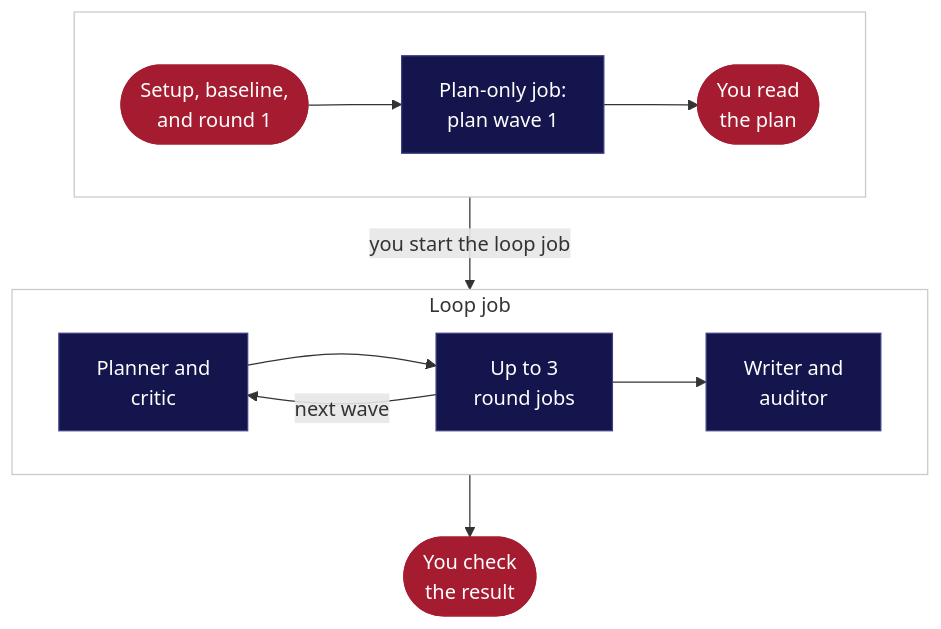
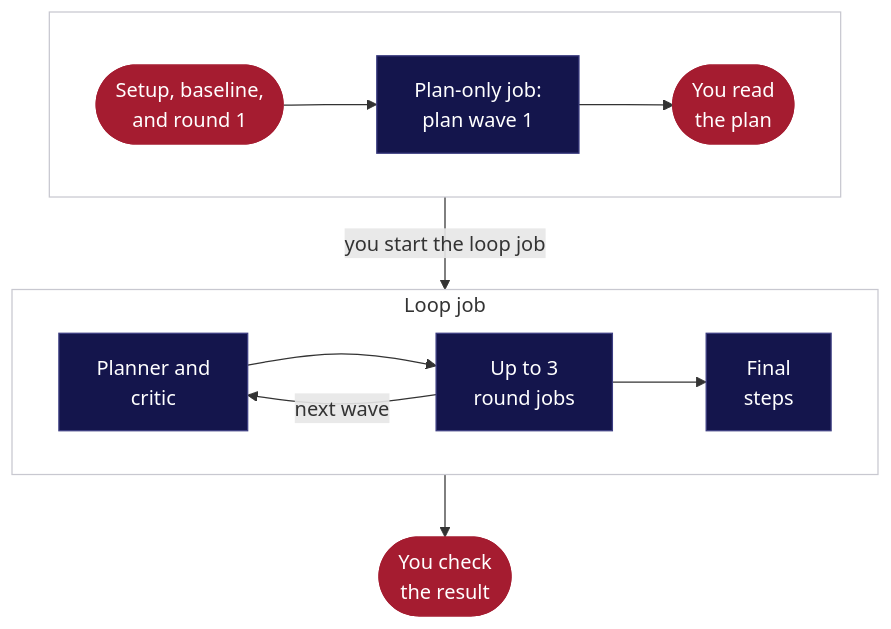
The diagram in kempner_computing_handbook/s5b_agentic_ai_workflows/multi_agent_example.md (KempnerInstitute/kempner-computing-handbook), drawn with Mermaid before and after one commit. The commit also changed other lines of this file and 1 other file, not shown here.

````diff
--- a/kempner_computing_handbook/s5b_agentic_ai_workflows/multi_agent_example.md
+++ b/kempner_computing_handbook/s5b_agentic_ai_workflows/multi_agent_example.md
@@ -5,21 +5,21 @@
 ```{mermaid}
 flowchart TB
     subgraph SUP [" "]
         direction LR
         S(["Setup, baseline,<br/>and round 1"]) --> P["Plan-only job:<br/>plan wave 1"] --> R(["You read<br/>the plan"])
     end
     subgraph LOOP ["Loop job"]
         direction LR
         W["Planner and<br/>critic"] --> J["Up to 3<br/>round jobs"]
         J -->|next wave| W
-        J --> F["Writer and<br/>auditor"]
+        J --> F["Final<br/>steps"]
     end
     SUP -->|you start the loop job| LOOP
     LOOP --> V(["You check<br/>the result"])
     classDef agent fill:#14154C,color:#ffffff,stroke:#3D3E82;
     classDef you fill:#A51C30,color:#ffffff,stroke:#A51C30;
     class P,W,J,F agent;
     class S,R,V you;
     style SUP fill:none,stroke:#c8c8d0
     style LOOP fill:none,stroke:#c8c8d0
 ```
````
